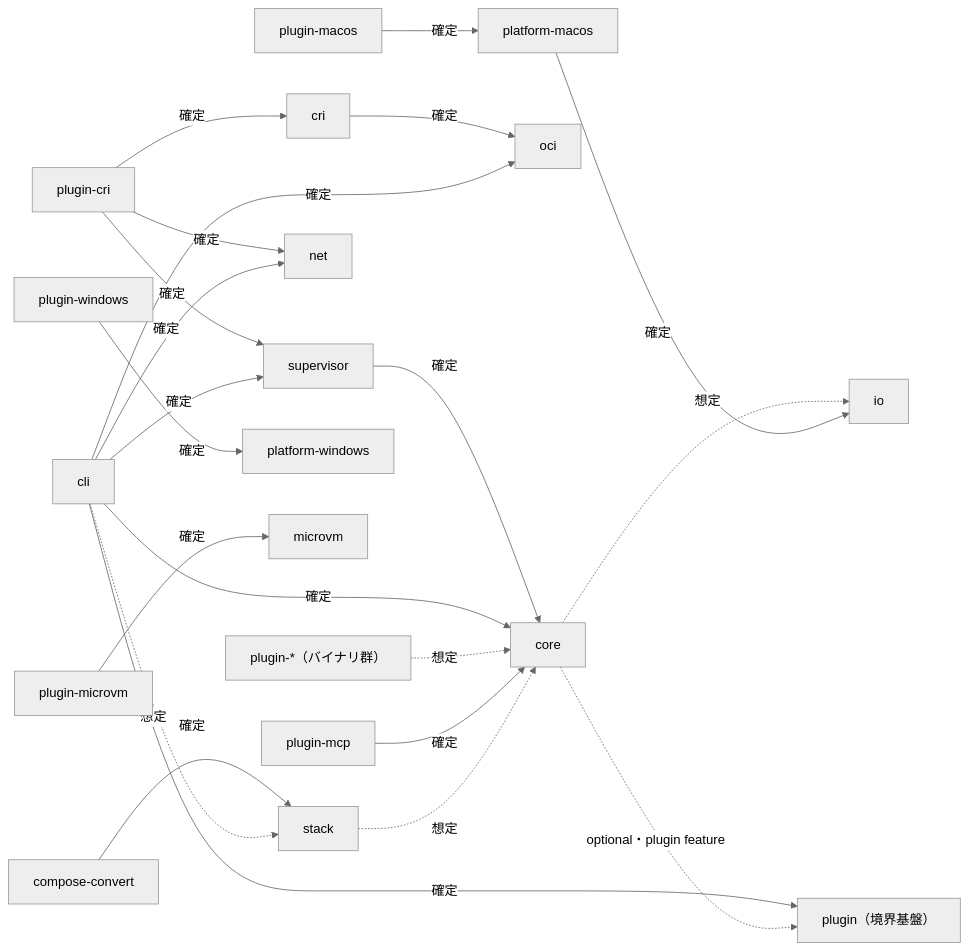
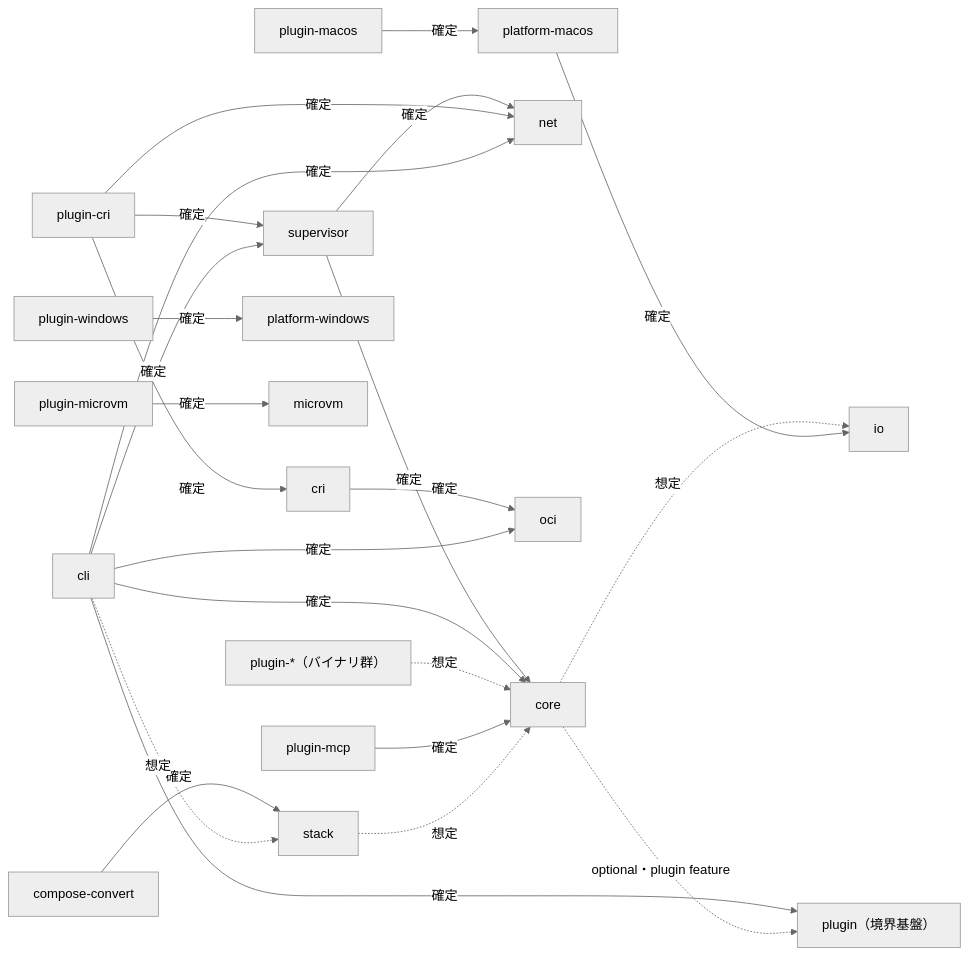
One commit to Fandhe-AI/fandhe-container changed the second of 2 diagrams in docs/architecture.md. Above: the diagram before and after it, drawn with Mermaid (neutral theme). The commit also changed other lines of this file and 8 other files, not shown here.

First line of the commit message:
feat(supervisor): 起動オプション文書に network・add-host・dns を足し net で再検証して渡す (#3194)

````diff
--- a/docs/architecture.md
+++ b/docs/architecture.md
@@ -139,25 +140,26 @@
 ```mermaid
 flowchart LR
     compose_convert["compose-convert"] -->|確定| stack
     supervisor -->|確定| core
+    supervisor -->|確定| net
     plugin_cri["plugin-cri"] -->|確定| cri
     plugin_cri -->|確定| net
     plugin_cri -->|確定| supervisor
     cri -->|確定| oci
     plugin_macos["plugin-macos"] -->|確定| platform_macos["platform-macos"]
     plugin_windows["plugin-windows"] -->|確定| platform_windows["platform-windows"]
     plugin_microvm["plugin-microvm"] -->|確定| microvm
 
     core -.->|想定| io
     cli -->|確定| core
     cli -->|確定| oci
     cli -.->|想定| stack
     cli -->|確定| net
     cli -->|確定| supervisor
     cli -->|確定| plugin
     platform_macos -->|確定| io
     plugin_star["plugin-*（バイナリ群）"] -.->|想定| core
     plugin_mcp["plugin-mcp"] -->|確定| core
     core -.->|optional・plugin feature| plugin["plugin（境界基盤）"]
     stack -.->|想定| core
 ```
````
